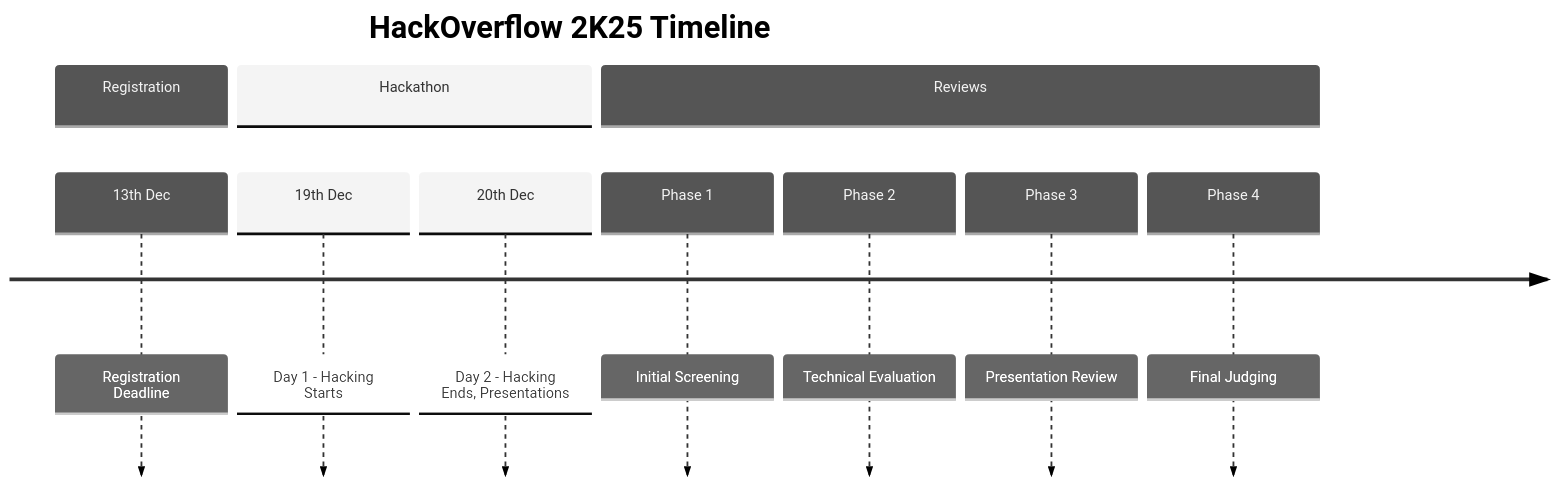
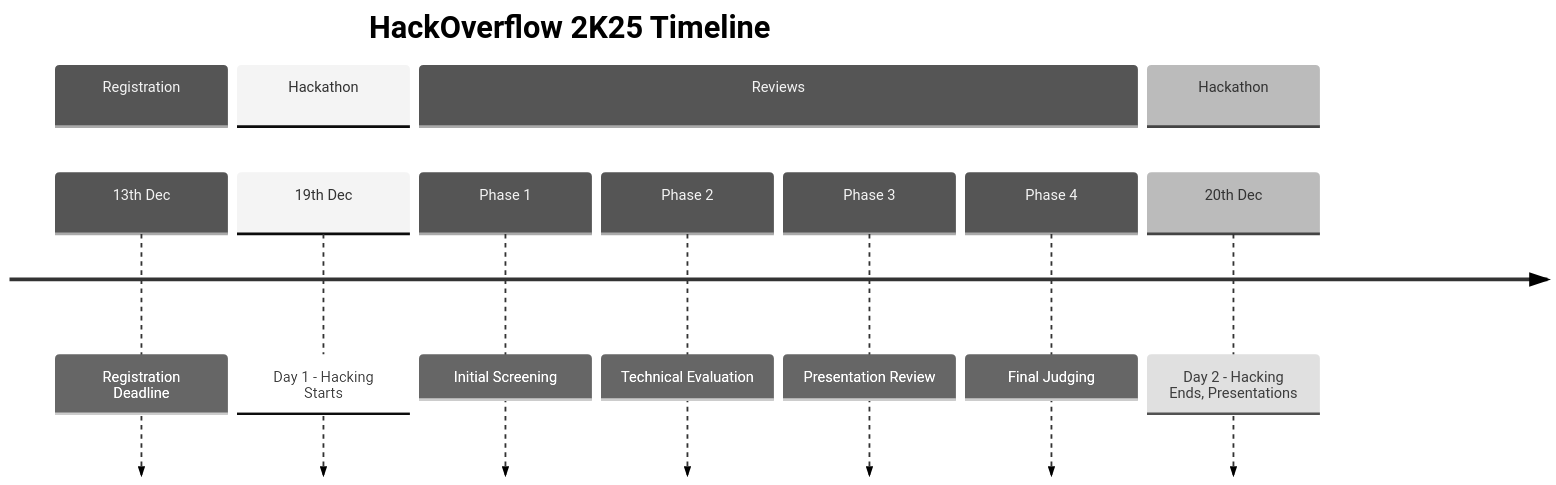
One commit to SRKRCC/HackOverflow-frontend changed the diagram in README.md. Above: the diagram before and after it, drawn with Mermaid (neutral theme).

Commit message:
fix timelime

````diff
--- a/README.md
+++ b/README.md
@@ -86,14 +86,15 @@
 ```mermaid
 timeline
     title HackOverflow 2K25 Timeline
     section Registration
         13th Dec : Registration Deadline
-    section Hackathon
+    section Hackathon 
         19th Dec : Day 1 - Hacking Starts
-        20th Dec : Day 2 - Hacking Ends, Presentations
     section Reviews
         Phase 1 : Initial Screening
         Phase 2 : Technical Evaluation
         Phase 3 : Presentation Review
         Phase 4 : Final Judging
+    section Hackathon
+        20th Dec : Day 2 - Hacking Ends, Presentations
 ```
````
